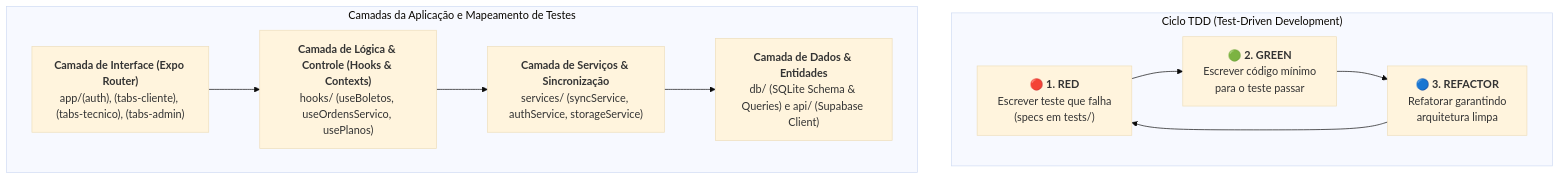
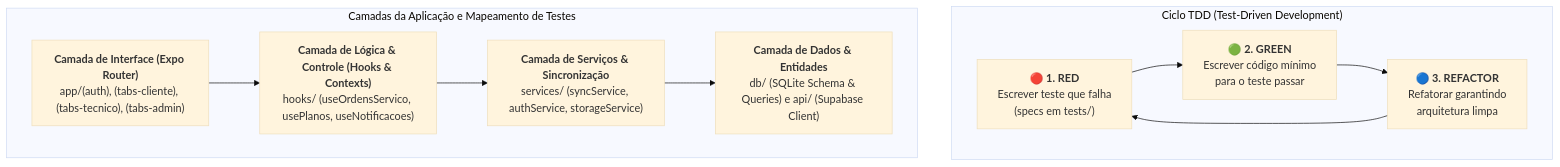
One commit to jmarques029/APPCJNET changed the sixth of 9 diagrams in docs/proposta-design-software-cjnet.md. Above: the diagram before and after it, drawn with Mermaid (base theme). The commit also changed other lines of this file, not shown here.

Commit message:
docs: adicionar secao 3.4 modelo local/remoto e politicas RLS completas; corrigir diagrama de estados OS e referencias obsoletas

````diff
--- a/docs/proposta-design-software-cjnet.md
+++ b/docs/proposta-design-software-cjnet.md
@@ -546,21 +603,21 @@
 ```mermaid
 flowchart TD
     subgraph TDD ["Ciclo TDD (Test-Driven Development)"]
         Red["🔴 <b>1. RED</b><br/>Escrever teste que falha<br/>(specs em tests/)"]
         Green["🟢 <b>2. GREEN</b><br/>Escrever código mínimo<br/>para o teste passar"]
         Refactor["🔵 <b>3. REFACTOR</b><br/>Refatorar garantindo<br/>arquitetura limpa"]
 
         Red --> Green --> Refactor --> Red
     end
 
     subgraph Camadas ["Camadas da Aplicação e Mapeamento de Testes"]
         UI["<b>Camada de Interface (Expo Router)</b><br/>app/(auth), (tabs-cliente), (tabs-tecnico), (tabs-admin)"]
-        Control["<b>Camada de Lógica & Controle (Hooks & Contexts)</b><br/>hooks/ (useBoletos, useOrdensServico, usePlanos)"]
+    Control["<b>Camada de Lógica & Controle (Hooks & Contexts)</b><br/>hooks/ (useOrdensServico, usePlanos, useNotificacoes)"]
         Services["<b>Camada de Serviços & Sincronização</b><br/>services/ (syncService, authService, storageService)"]
         Entities["<b>Camada de Dados & Entidades</b><br/>db/ (SQLite Schema & Queries) e api/ (Supabase Client)"]
 
         UI --> Control
         Control --> Services
         Services --> Entities
     end
 ```
````
